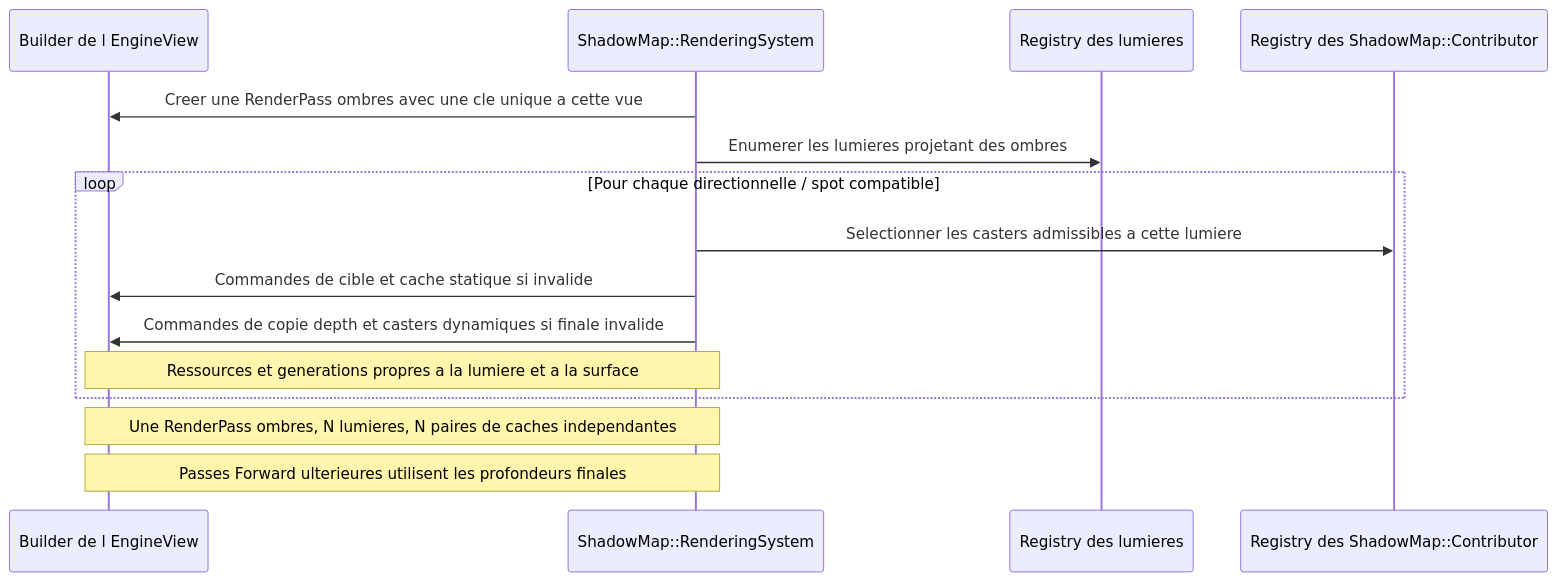
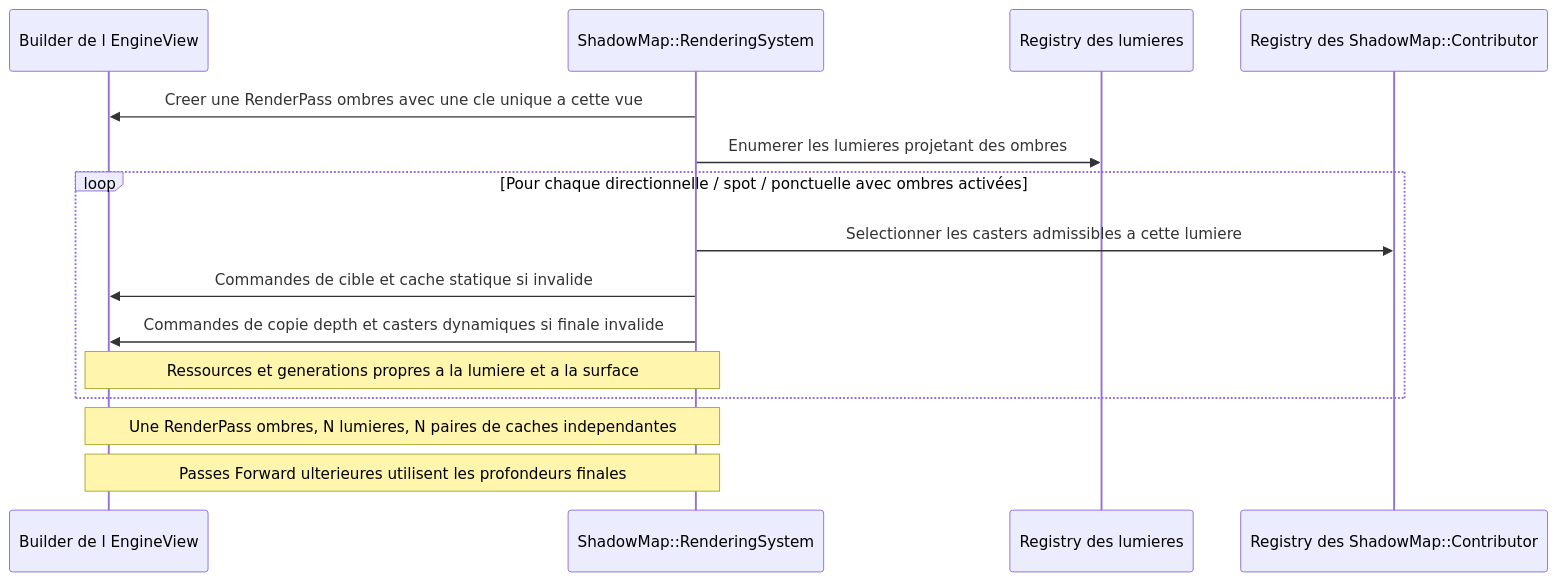
Before and after one commit to EreliaStudio/Sparkle: the sixth of 17 diagrams in docs/voxel-engine-v0.1.4-specification.md, drawn with Mermaid. The commit also changed other lines of this file, not shown here.

````diff
--- a/docs/voxel-engine-v0.1.4-specification.md
+++ b/docs/voxel-engine-v0.1.4-specification.md
@@ -601,17 +601,17 @@
 ```mermaid
 sequenceDiagram
     participant V as Builder de l EngineView
     participant S as ShadowMap::RenderingSystem
     participant L as Registry des lumieres
     participant C as Registry des ShadowMap::Contributor
     S->>V: Creer une RenderPass ombres avec une cle unique a cette vue
     S->>L: Enumerer les lumieres projetant des ombres
-    loop Pour chaque directionnelle / spot compatible
+    loop Pour chaque directionnelle / spot / ponctuelle avec ombres activées
         S->>C: Selectionner les casters admissibles a cette lumiere
         S->>V: Commandes de cible et cache statique si invalide
         S->>V: Commandes de copie depth et casters dynamiques si finale invalide
         Note over S,V: Ressources et generations propres a la lumiere et a la surface
     end
     Note over V,S: Une RenderPass ombres, N lumieres, N paires de caches independantes
     Note over V,S: Passes Forward ulterieures utilisent les profondeurs finales
 ```
````
